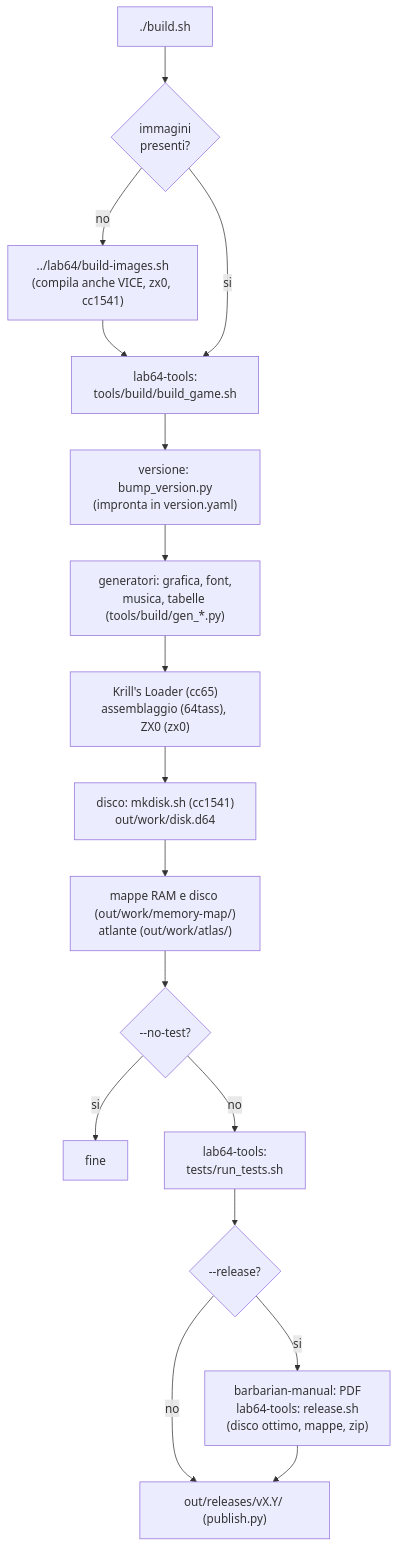
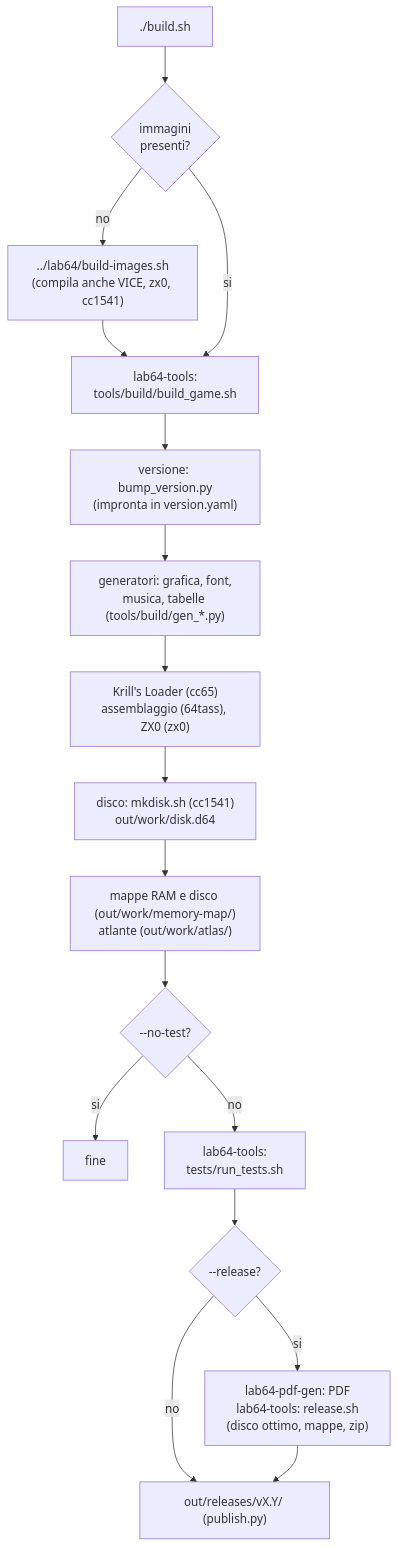
Before and after one commit to caporalesimone/barbarian-the-blood-path: the second of 3 diagrams in docs/getting-started.md, drawn with Mermaid. The commit also changed other lines of this file and 18 other files, not shown here.

````diff
--- a/docs/getting-started.md
+++ b/docs/getting-started.md
@@ -101,17 +109,17 @@
 ```mermaid
 flowchart TD
   A["./build.sh"] --> C{"immagini<br/>presenti?"}
   C -->|no| D["../lab64/build-images.sh<br/>(compila anche VICE, zx0, cc1541)"] --> E
   C -->|si| E["lab64-tools:<br/>tools/build/build_game.sh"]
   E --> E1["versione: bump_version.py<br/>(impronta in version.yaml)"]
   E1 --> E2["generatori: grafica, font,<br/>musica, tabelle (tools/build/gen_*.py)"]
   E2 --> E3["Krill's Loader (cc65)<br/>assemblaggio (64tass), ZX0 (zx0)"]
   E3 --> E4["disco: mkdisk.sh (cc1541)<br/>out/work/disk.d64"]
   E4 --> E5["mappe RAM e disco (out/work/memory-map/)<br/>atlante (out/work/atlas/)"]
   E5 --> F{"--no-test?"}
   F -->|si| Z["fine"]
   F -->|no| G["lab64-tools:<br/>tests/run_tests.sh"]
   G --> H{"--release?"}
   H -->|no| Y["out/releases/vX.Y/ (publish.py)"]
-  H -->|si| I["barbarian-manual: PDF<br/>lab64-tools: release.sh<br/>(disco ottimo, mappe, zip)"] --> Y
+  H -->|si| I["lab64-pdf-gen: PDF<br/>lab64-tools: release.sh<br/>(disco ottimo, mappe, zip)"] --> Y
 ```
````
